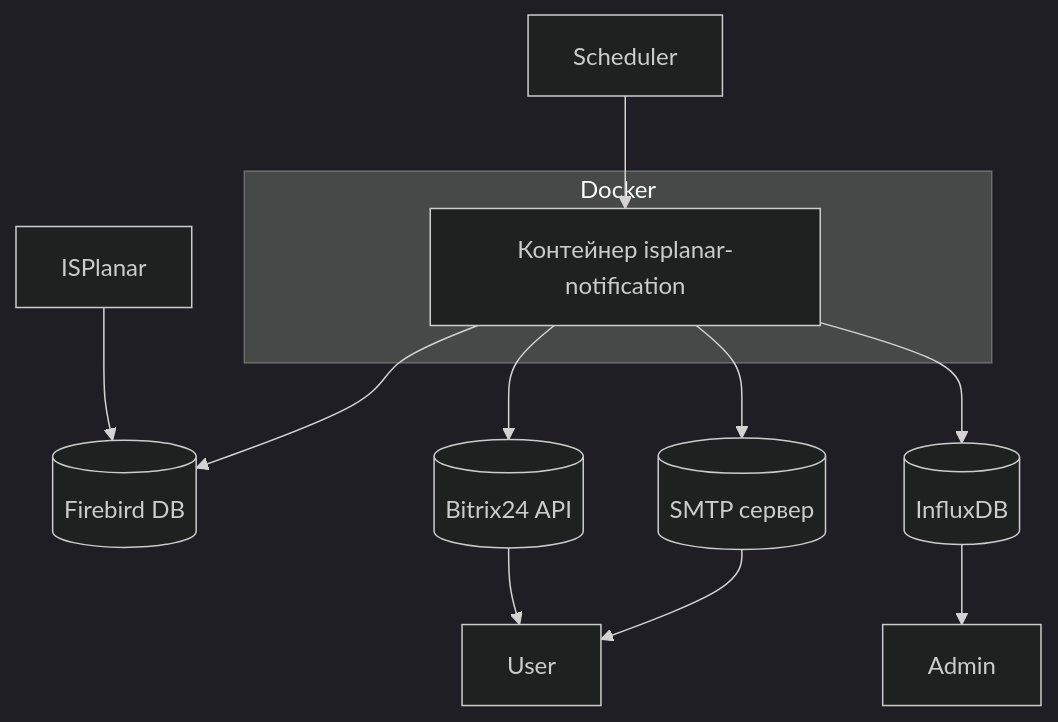
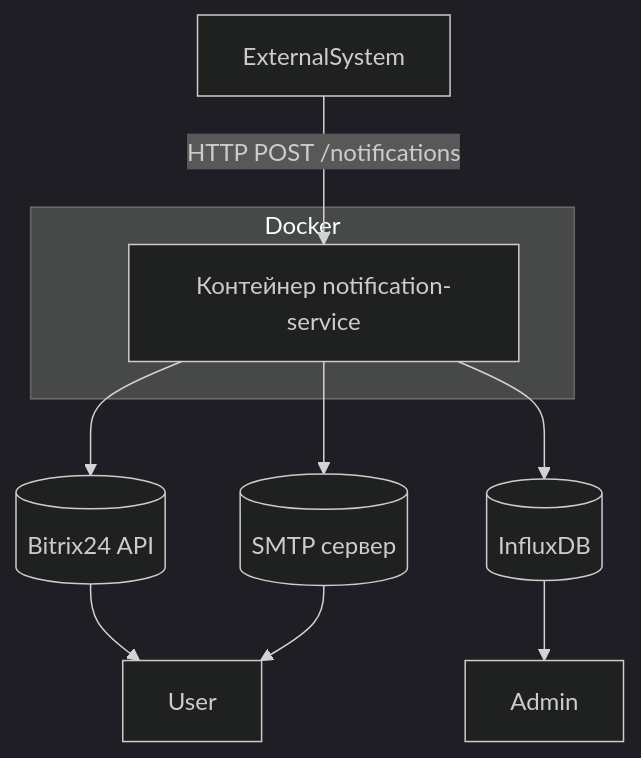
Before and after one commit to andreyantropov/notification-service: the first of 3 diagrams in docs/architecture/architecture.md, drawn with Mermaid (dark theme). The commit also changed other lines of this file and 113 other files, not shown here.

````diff
--- a/docs/architecture/architecture.md
+++ b/docs/architecture/architecture.md
@@ -164,16 +168,13 @@
 ```mermaid
 flowchart TB
     subgraph Docker
-        Container[Контейнер isplanar-notification]
+        Container[Контейнер notification-service]
     end
-
-    ISPlanar --> Firebird[(Firebird DB)]
-    Scheduler --> Container
-    Container --> Firebird
+    ExternalSystem -->|HTTP POST /notifications| Container
     Container --> Bitrix[(Bitrix24 API)]
     Container --> SMTP[(SMTP сервер)]
     Container --> Log[(InfluxDB)]
     Log --> Admin
     Bitrix --> User
     SMTP --> User
 ```
````
